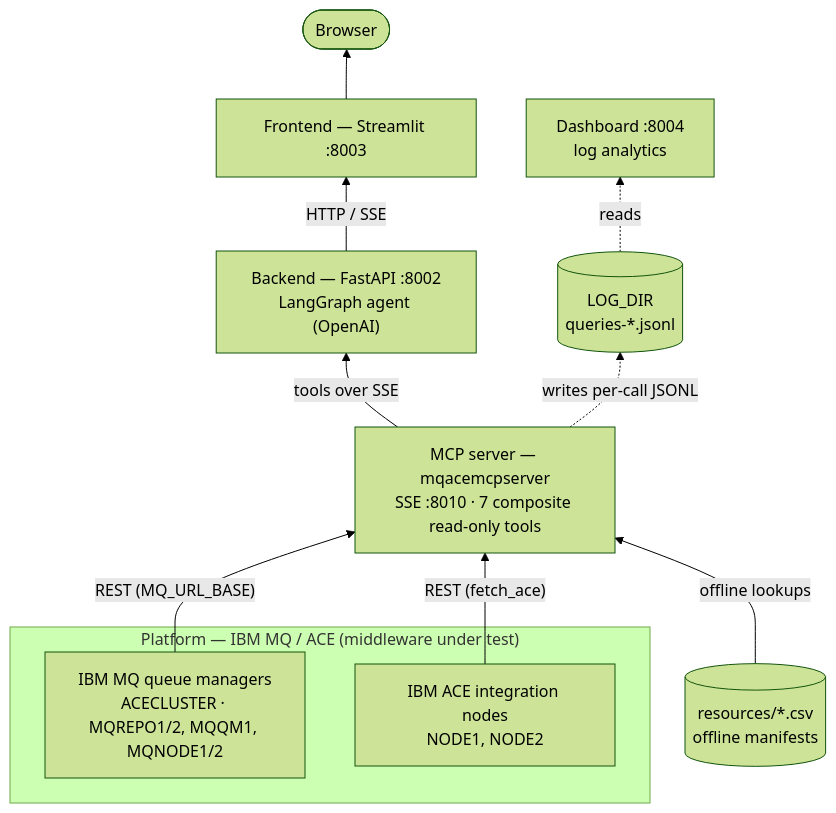
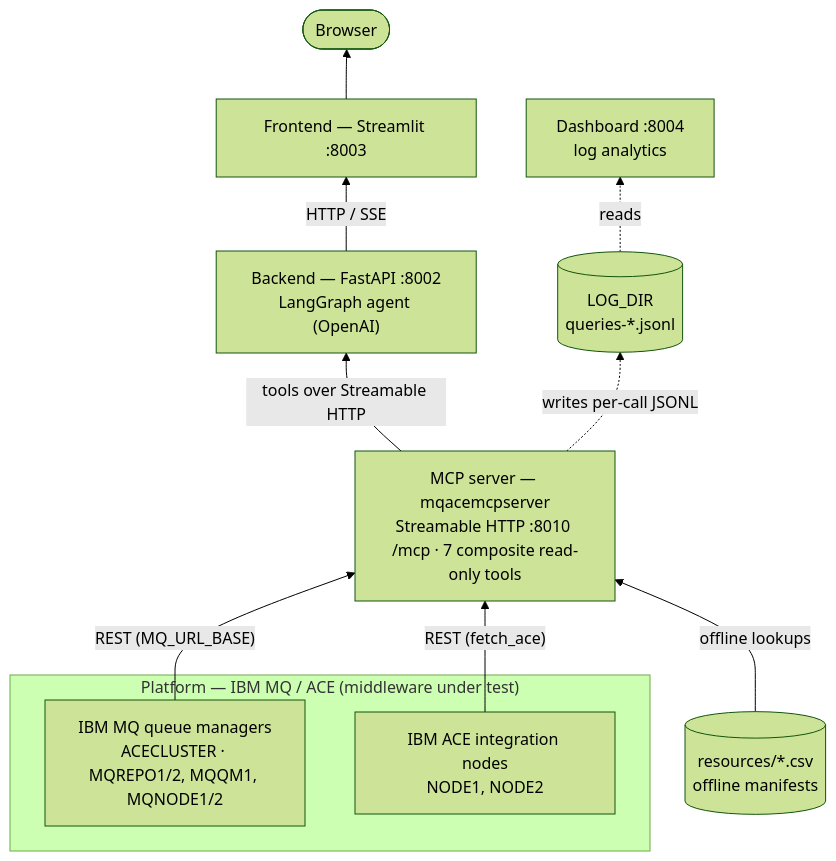
The first of 2 diagrams in DESIGN.md (ajitk15/mqacemcp), drawn with Mermaid (forest theme) before and after one commit. The commit also changed other lines of this file and 15 other files, not shown here.

Commit message:
updated to streamable-http

````diff
--- a/DESIGN.md
+++ b/DESIGN.md
@@ -12,26 +12,26 @@
 ```mermaid
 flowchart BT
     subgraph PLATFORM["Platform — IBM MQ / ACE (middleware under test)"]
         MQ["IBM MQ queue managers<br/>ACECLUSTER · MQREPO1/2, MQQM1, MQNODE1/2"]
         ACE["IBM ACE integration nodes<br/>NODE1, NODE2"]
     end
 
     CSV[("resources/*.csv<br/>offline manifests")]
 
-    MCP["MCP server — mqacemcpserver<br/>SSE :8010 · 7 composite read-only tools"]
+    MCP["MCP server — mqacemcpserver<br/>Streamable HTTP :8010 /mcp · 7 composite read-only tools"]
     BE["Backend — FastAPI :8002<br/>LangGraph agent (OpenAI)"]
     FE["Frontend — Streamlit :8003"]
     USER(["Browser"])
     DASH["Dashboard :8004<br/>log analytics"]
     LOGS[("LOG_DIR<br/>queries-*.jsonl")]
 
     MQ -->|"REST (MQ_URL_BASE)"| MCP
     ACE -->|"REST (fetch_ace)"| MCP
     CSV -->|"offline lookups"| MCP
-    MCP -->|"tools over SSE"| BE
+    MCP -->|"tools over Streamable HTTP"| BE
     BE -->|"HTTP / SSE"| FE
     FE --> USER
 
     MCP -.->|"writes per-call JSONL"| LOGS
     LOGS -.->|"reads"| DASH
 ```
````
